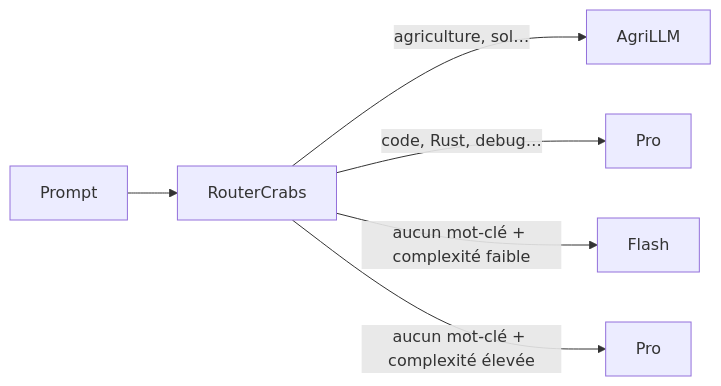
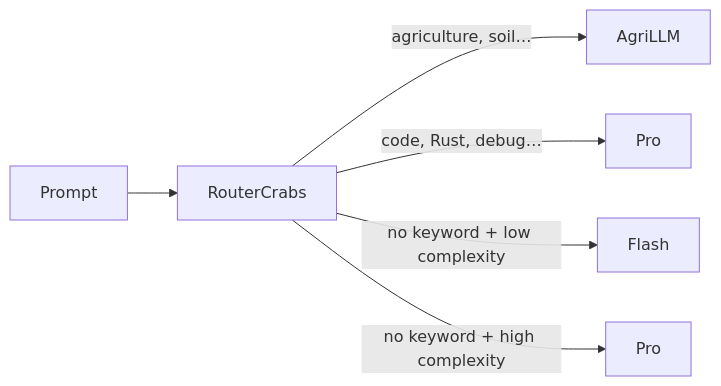
Before and after one commit to NadLad/RouterCrabs: the diagram in README.md, drawn with Mermaid. The commit also changed other lines of this file and 5 other files, not shown here.

````diff
--- a/README.md
+++ b/README.md
@@ -12,8 +12,8 @@
 ```mermaid
 flowchart LR
     A[Prompt] --> B[RouterCrabs]
-    B -->|"agriculture, sol…"| C[AgriLLM]
+    B -->|"agriculture, soil…"| C[AgriLLM]
     B -->|"code, Rust, debug…"| D[Pro]
-    B -->|"aucun mot-clé + complexité faible"| E[Flash]
-    B -->|"aucun mot-clé + complexité élevée"| F[Pro]
+    B -->|"no keyword + low complexity"| E[Flash]
+    B -->|"no keyword + high complexity"| F[Pro]
 ```
````
